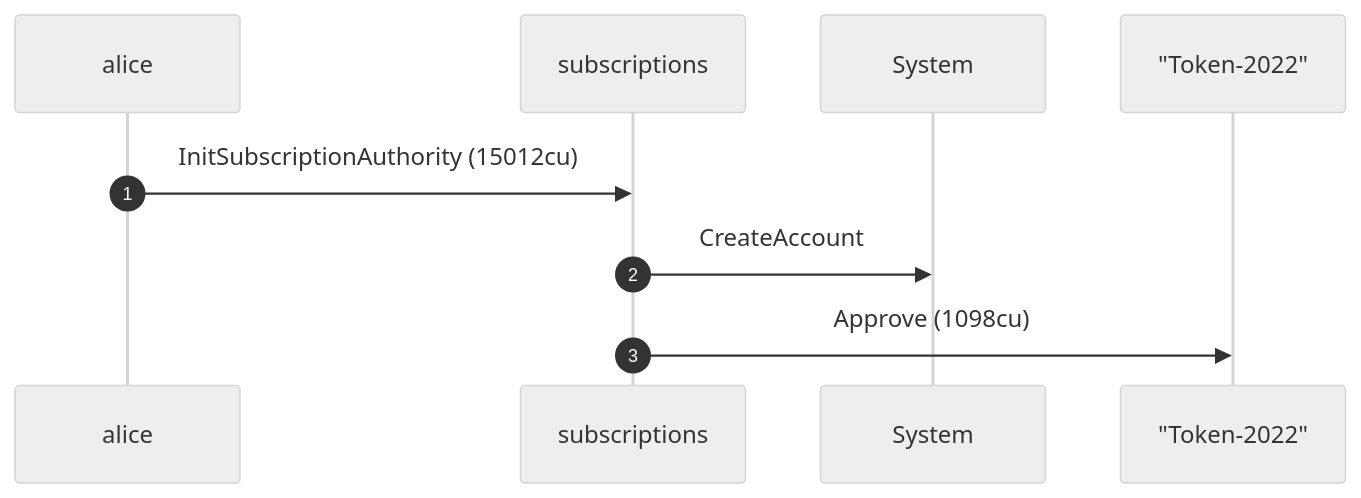
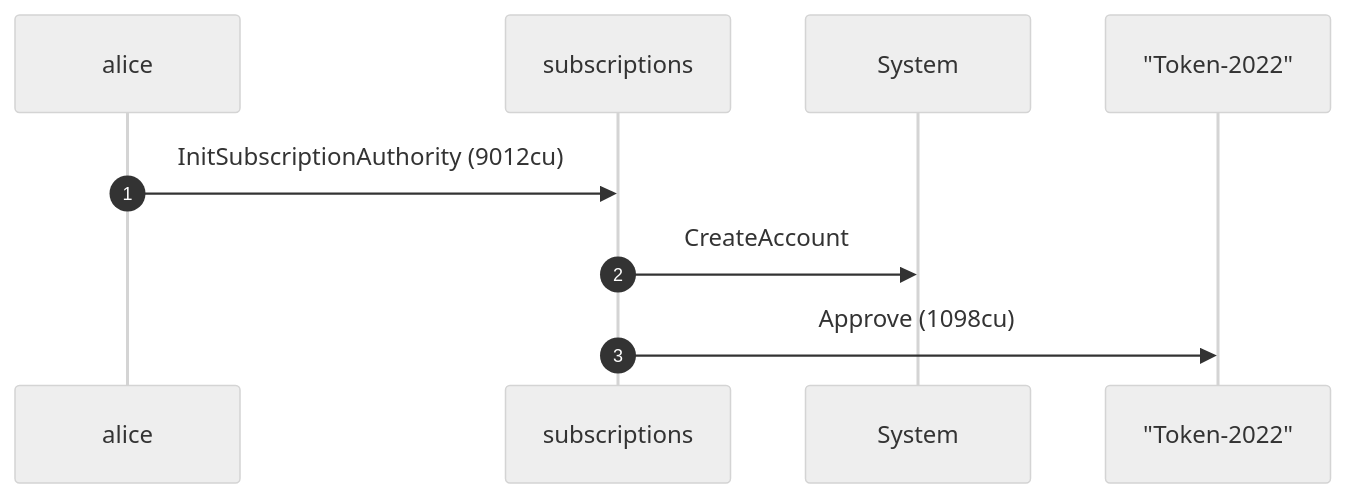
One commit to cds-rs/subscriptions changed the first of 4 diagrams in dsl_tests/initialize-over-a-token-2022-mint---transferfeeconfig--.md. Above: the diagram before and after it, drawn with Mermaid (neutral theme). The commit also changed other lines of this file and 224 other files, not shown here.

````diff
--- a/dsl_tests/initialize-over-a-token-2022-mint---transferfeeconfig--.md
+++ b/dsl_tests/initialize-over-a-token-2022-mint---transferfeeconfig--.md
@@ -24,11 +25,11 @@
 ```mermaid
 sequenceDiagram
     autonumber
     participant alice
     participant subscriptions
     participant System
     participant Token_2022 as "Token-2022"
-    alice ->> subscriptions: InitSubscriptionAuthority (15012cu)
+    alice ->> subscriptions: InitSubscriptionAuthority (9012cu)
     subscriptions ->> System: CreateAccount
     subscriptions ->> Token_2022: Approve (1098cu)
 ```
````
